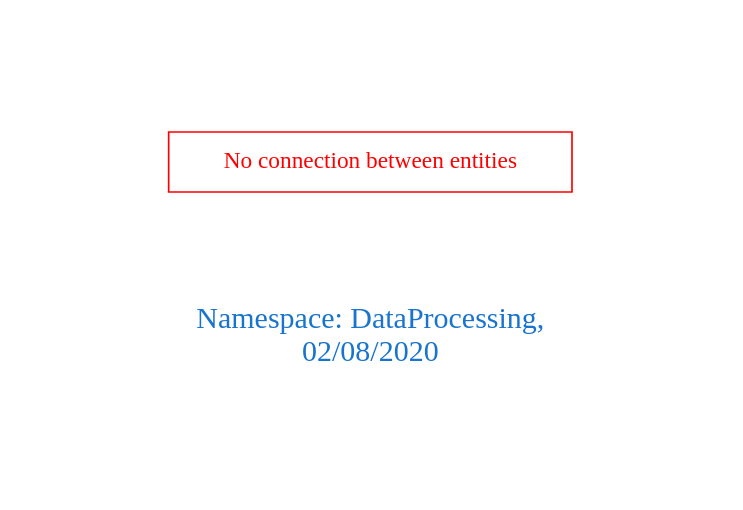
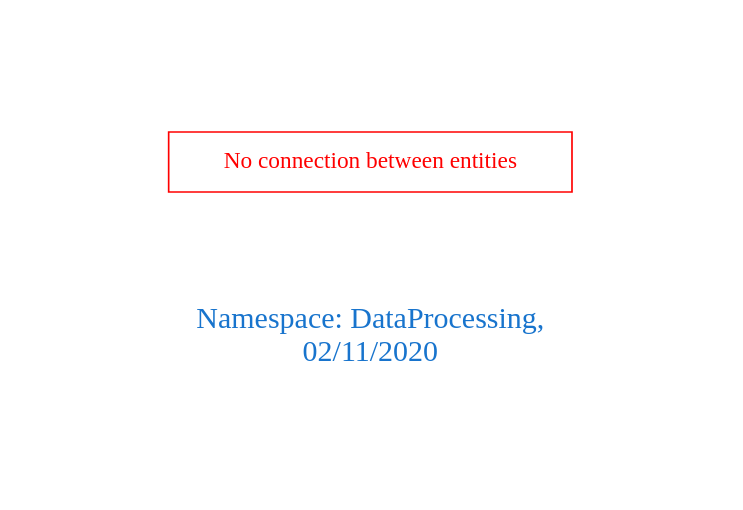
The diagram in downloads/DataProcessing.dot (arago/OGIT), drawn with Graphviz before and after one commit. The commit also changed 1693 other files, not shown here.

```diff
--- a/downloads/DataProcessing.dot
+++ b/downloads/DataProcessing.dot
@@ -1,9 +1,9 @@
 digraph OGIT_ontology {
  graph [ rankdir= LR,pad=1 
 fontsize = 18,
-fontcolor= dodgerblue3,label = "\n\n\nNamespace: DataProcessing, \n 02/08/2020"];
+fontcolor= dodgerblue3,label = "\n\n\nNamespace: DataProcessing, \n 02/11/2020"];
 node[shape=polygon];
 edge [  color="gray81"];
 
 "No connection between entities" [fontcolor = "red",color="red", shape="polygon"]
 }
```
